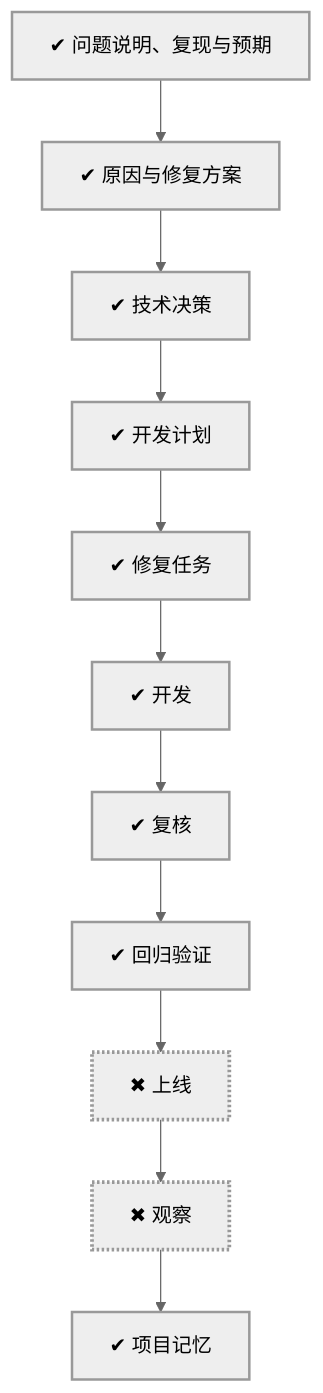
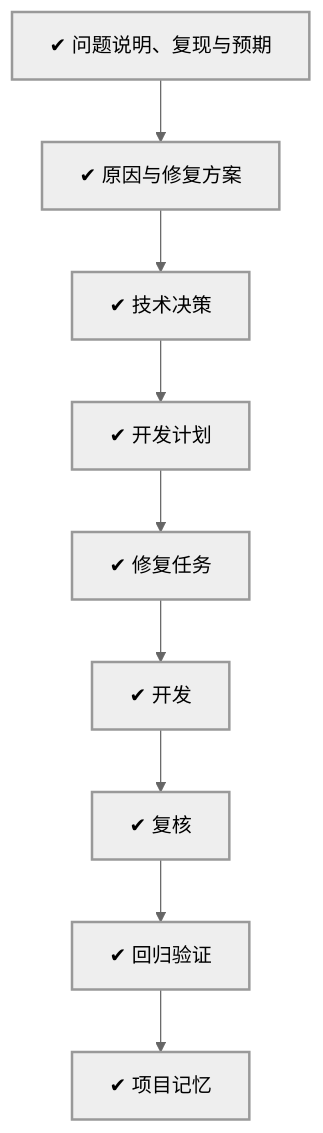
Before and after one commit to charon2121/cherry-oj: the diagram in development/works/WORK-014/00-work.md, drawn with Mermaid (neutral theme). The commit also changed other lines of this file and 85 other files, not shown here.

````diff
--- a/development/works/WORK-014/00-work.md
+++ b/development/works/WORK-014/00-work.md
@@ -43,21 +43,18 @@
 ```mermaid
 flowchart TD
     definition["✔ 问题说明、复现与预期"]
     design["✔ 原因与修复方案"]
     decision["✔ 技术决策"]
     plan["✔ 开发计划"]
     tasks["✔ 修复任务"]
     development["✔ 开发"]
     review["✔ 复核"]
     verification["✔ 回归验证"]
-    release["✖ 上线"]
-    observe["✖ 观察"]
     memory["✔ 项目记忆"]
-    definition --> design --> decision --> plan --> tasks --> development --> review --> verification --> release --> observe --> memory
+    definition --> design --> decision --> plan --> tasks --> development --> review --> verification --> memory
     classDef done stroke-width:2px
     classDef doing stroke-width:3px
     classDef skipped stroke-dasharray:4 3
     classDef blocked stroke-width:3px,stroke-dasharray:2 2
     class definition,design,decision,plan,tasks,development,review,verification,memory done
-    class release,observe blocked
 ```
````
